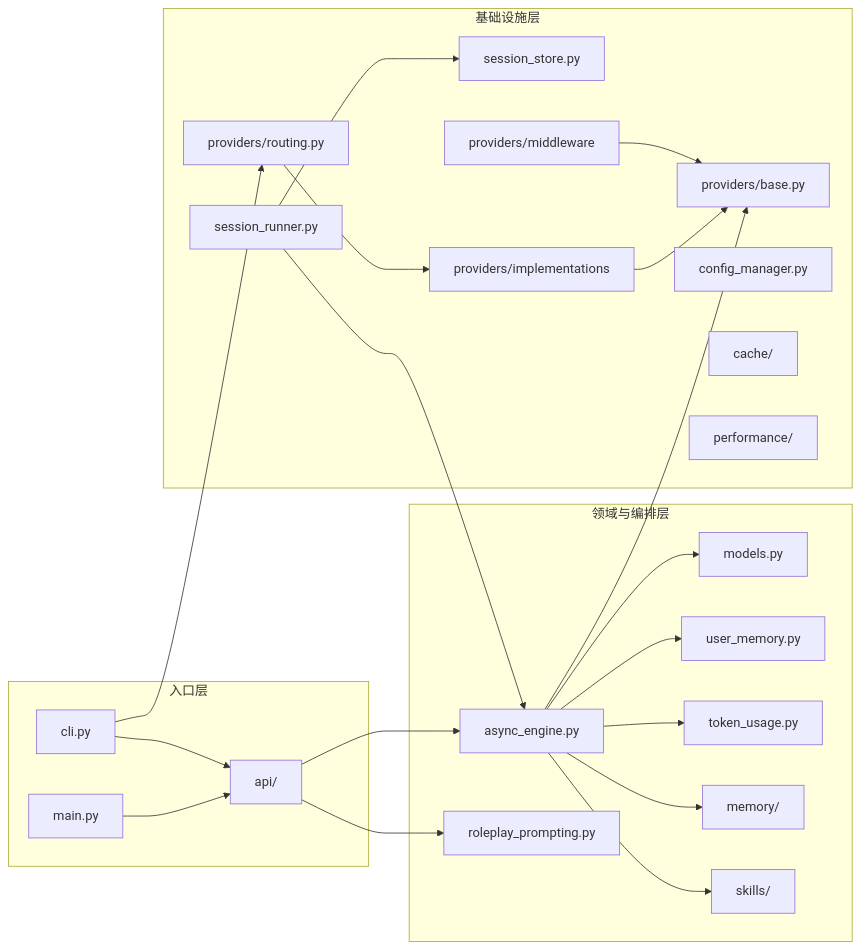
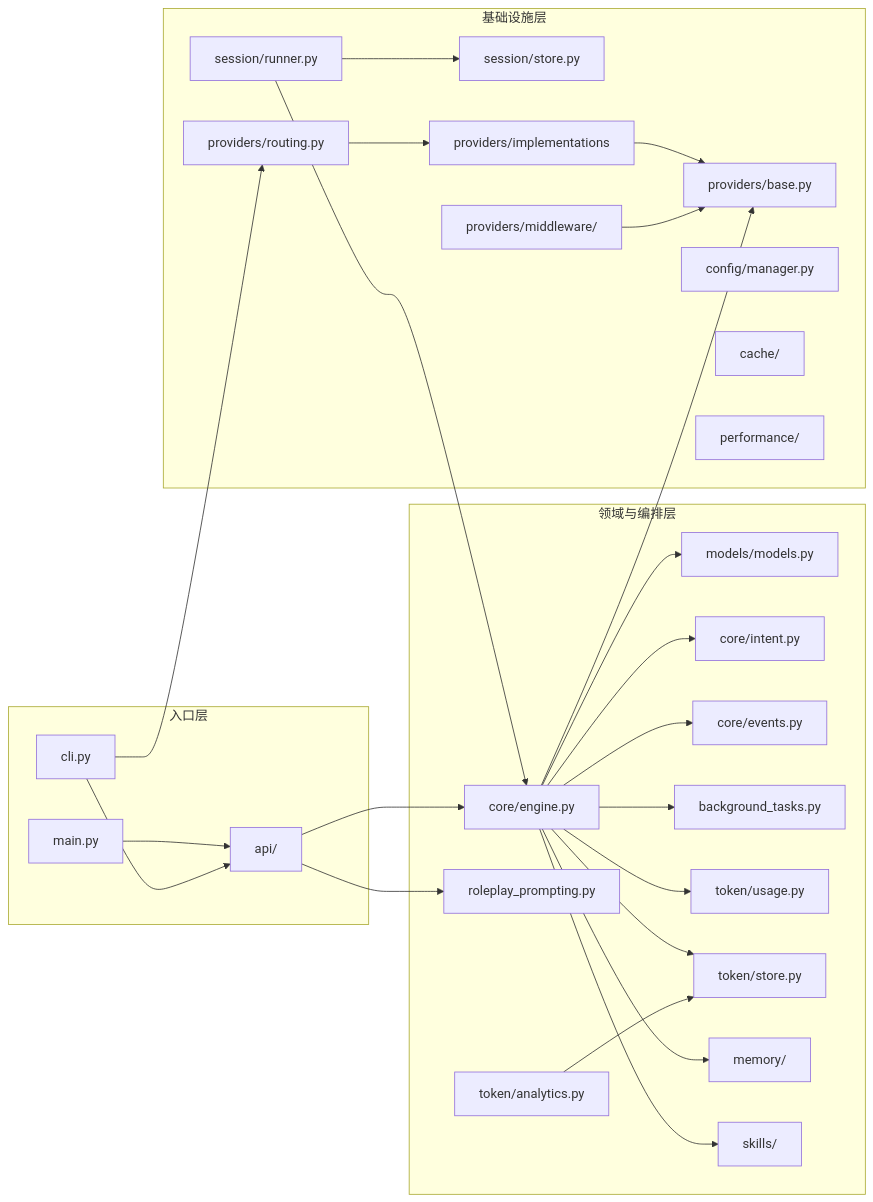
The second of 3 diagrams in docs/full-architecture-flow.md (Sparrived/SiriusChat), drawn with Mermaid before and after one commit. The commit also changed other lines of this file and 20 other files, not shown here.

````diff
--- a/docs/full-architecture-flow.md
+++ b/docs/full-architecture-flow.md
@@ -53,47 +58,55 @@
 ```mermaid
 flowchart LR
     subgraph Entry[入口层]
       CLI[cli.py]
       PublicAPI[api/]
       Main[main.py]
     end
 
     subgraph Domain[领域与编排层]
-      Models[models.py]
-      Engine[async_engine.py]
+      Models[models/models.py]
+      Engine[core/engine.py]
+      Intent[core/intent.py]
+      Events[core/events.py]
       Prompting[roleplay_prompting.py]
-      UserMemory[user_memory.py]
-      TokenUsage[token_usage.py]
+      BgTasks[background_tasks.py]
+      TokenUsage[token/usage.py]
+      TokenStore[token/store.py]
+      TokenAnalytics[token/analytics.py]
       Memory[memory/]
       Skills[skills/]
     end
 
     subgraph Infra[基础设施层]
-      SessionStore[session_store.py]
-      SessionRunner[session_runner.py]
+      SessionStore[session/store.py]
+      SessionRunner[session/runner.py]
       Routing[providers/routing.py]
       ProviderBase[providers/base.py]
-      Middleware["providers/middleware"]
+      Middleware["providers/middleware/"]
       ProviderImpl[providers/implementations]
-      ConfigMgr[config_manager.py]
+      ConfigMgr[config/manager.py]
       Cache[cache/]
       Perf[performance/]
     end
 
     Main --> PublicAPI
     CLI --> PublicAPI
     PublicAPI --> Engine
     PublicAPI --> Prompting
     Engine --> Models
     Engine --> Memory
-    Engine --> UserMemory
+    Engine --> Intent
+    Engine --> Events
+    Engine --> BgTasks
     Engine --> TokenUsage
+    Engine --> TokenStore
+    TokenAnalytics --> TokenStore
     Engine --> ProviderBase
     Engine --> Skills
     Routing --> ProviderImpl
     ProviderImpl --> ProviderBase
     Middleware --> ProviderBase
     CLI --> Routing
     SessionRunner --> Engine
     SessionRunner --> SessionStore
 ```
````
